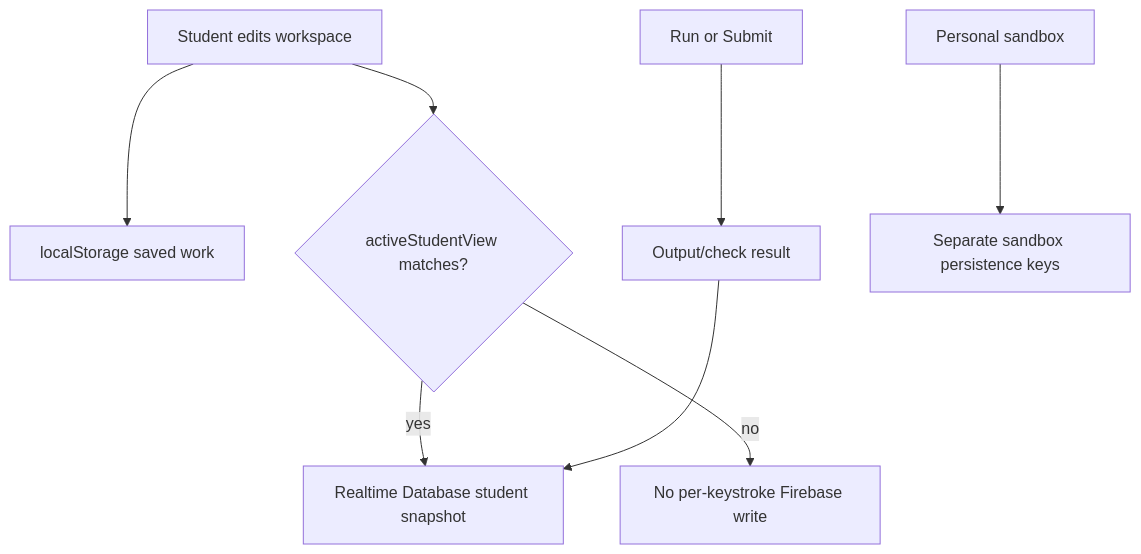
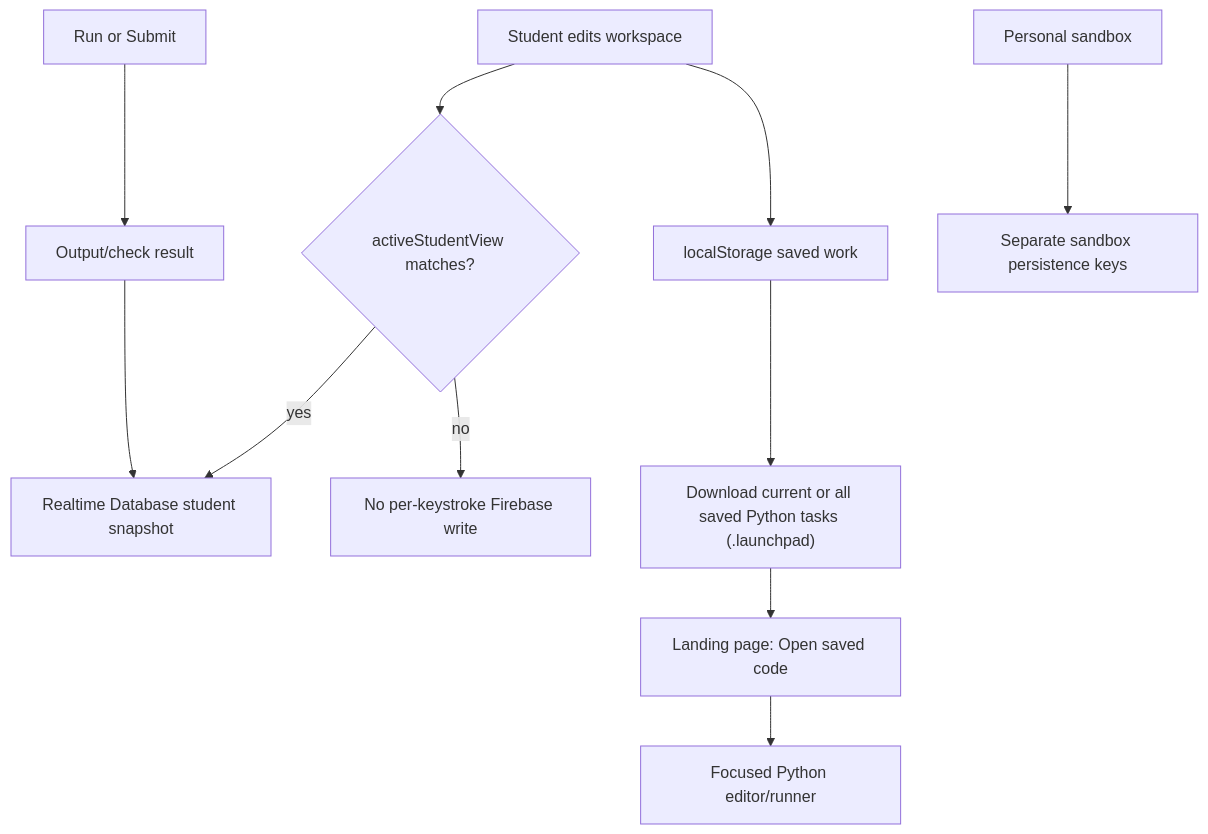
Before and after one commit to Headstart-Coding-Launchpad/editor: the third of 5 diagrams in docs/architecture/runtime-flows.md, drawn with Mermaid. The commit also changed other lines of this file and 16 other files, not shown here.

Commit message:
feat: add LaunchPad code backup workspace

````diff
--- a/docs/architecture/runtime-flows.md
+++ b/docs/architecture/runtime-flows.md
@@ -46,10 +48,13 @@
 ```mermaid
 flowchart TD
   Edit["Student edits workspace"] --> Local["localStorage saved work"]
   Edit --> Active{"activeStudentView matches?"}
   Active -->|yes| RTDB["Realtime Database student snapshot"]
   Active -->|no| LocalOnly["No per-keystroke Firebase write"]
   Run["Run or Submit"] --> Results["Output/check result"]
   Results --> RTDB
   Sandbox["Personal sandbox"] --> SandboxKeys["Separate sandbox persistence keys"]
+  Local --> Export["Download current or all saved Python tasks (.launchpad)"]
+  Export --> Import["Landing page: Open saved code"]
+  Import --> CodeWorkspace["Focused Python editor/runner"]
 ```
````
